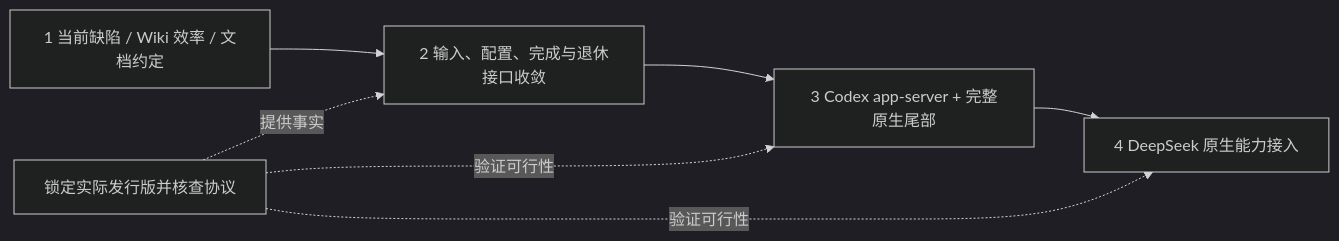
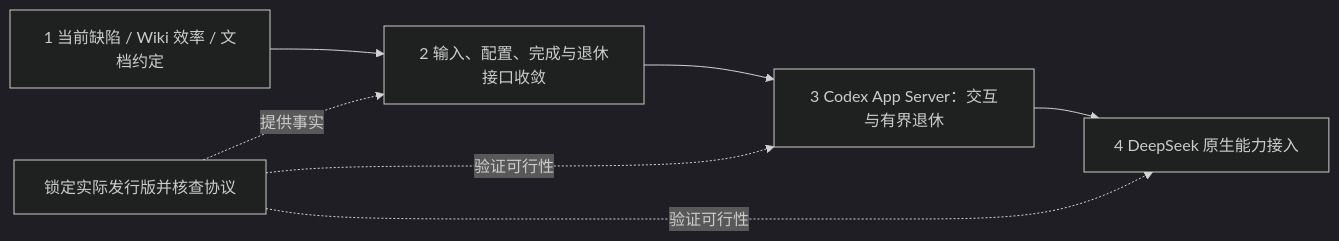
One commit to Danuvius152/Octopus changed the diagram in docs/plans/engineering-runtime-roadmap.md. Above: the diagram before and after it, drawn with Mermaid (dark theme). The commit also changed other lines of this file and 142 other files, not shown here.

````diff
--- a/docs/plans/engineering-runtime-roadmap.md
+++ b/docs/plans/engineering-runtime-roadmap.md
@@ -22,9 +26,9 @@
 ```mermaid
 flowchart LR
     A[1 当前缺陷 / Wiki 效率 / 文档约定] --> B[2 输入、配置、完成与退休接口收敛]
-    B --> C[3 Codex app-server + 完整原生尾部]
+    B --> C[3 Codex App Server：交互与有界退休]
     C --> D[4 DeepSeek 原生能力接入]
     P[锁定实际发行版并核查协议] -.提供事实.-> B
     P -.验证可行性.-> C
     P -.验证可行性.-> D
 ```
````
